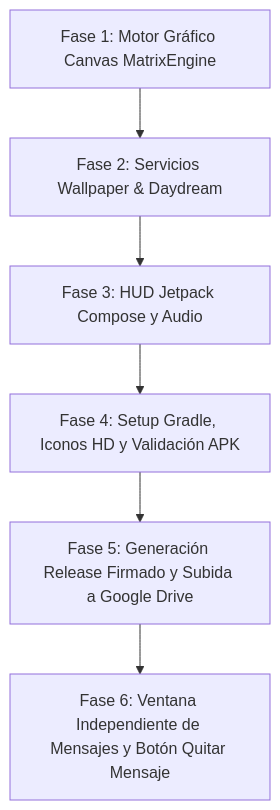
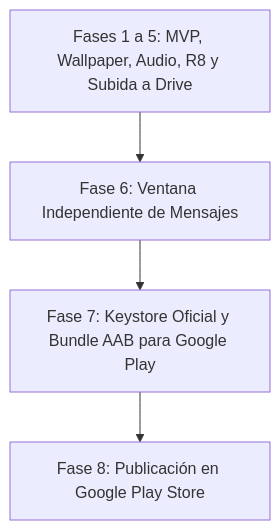
Before and after one commit to Duke33-Devops/matrix-code-rain-android: the diagram in PLAN_DE_TRABAJO.md, drawn with Mermaid. The commit also changed other lines of this file, not shown here.

Commit message:
docs: add Phase 7 for Google Play Console AAB and official keystore

````diff
--- a/PLAN_DE_TRABAJO.md
+++ b/PLAN_DE_TRABAJO.md
@@ -36,8 +36,6 @@
 ```mermaid
 graph TD
-    A[Fase 1: Motor Gráfico Canvas MatrixEngine] --> B[Fase 2: Servicios Wallpaper & Daydream]
-    B --> C[Fase 3: HUD Jetpack Compose y Audio]
-    C --> D[Fase 4: Setup Gradle, Iconos HD y Validación APK]
-    D --> E[Fase 5: Generación Release Firmado y Subida a Google Drive]
-    E --> F[Fase 6: Ventana Independiente de Mensajes y Botón Quitar Mensaje]
+    A[Fases 1 a 5: MVP, Wallpaper, Audio, R8 y Subida a Drive] --> B[Fase 6: Ventana Independiente de Mensajes]
+    B --> C[Fase 7: Keystore Oficial y Bundle AAB para Google Play]
+    C --> D[Fase 8: Publicación en Google Play Store]
 ```
````
